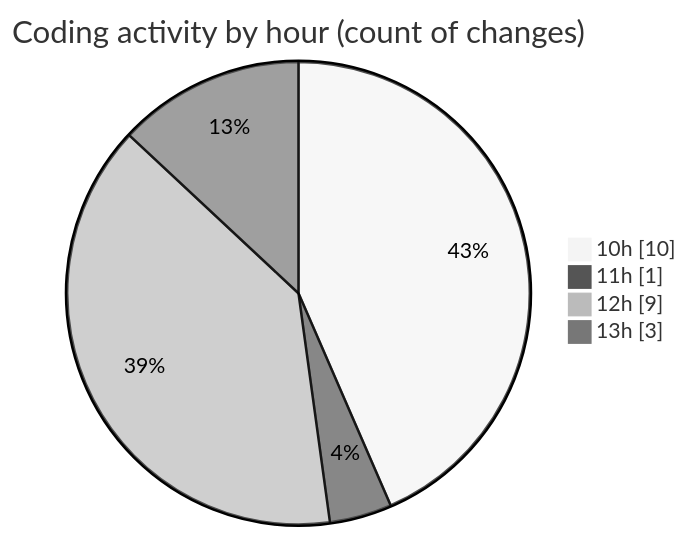
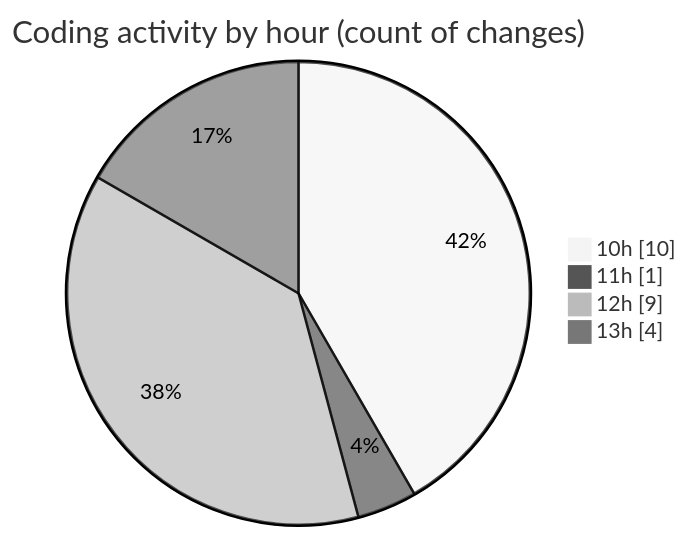
Before and after one commit to julien-gomy/code-tracking: the second of 2 diagrams in 2025-11-20/eventscop-api-guide__workspace_/README.md, drawn with Mermaid (neutral theme). The commit also changed other lines of this file and 1 other file, not shown here.

````diff
--- a/2025-11-20/eventscop-api-guide__workspace_/README.md
+++ b/2025-11-20/eventscop-api-guide__workspace_/README.md
@@ -38,8 +38,8 @@
 ```mermaid
 pie showData
 title Coding activity by hour (count of changes)
 "10h" : 10
 "11h" : 1
 "12h" : 9
-"13h" : 3
+"13h" : 4
 ```
````
